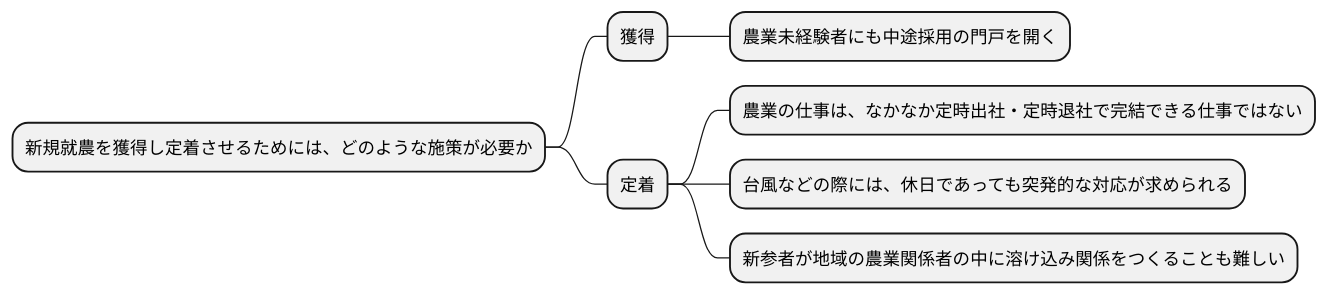
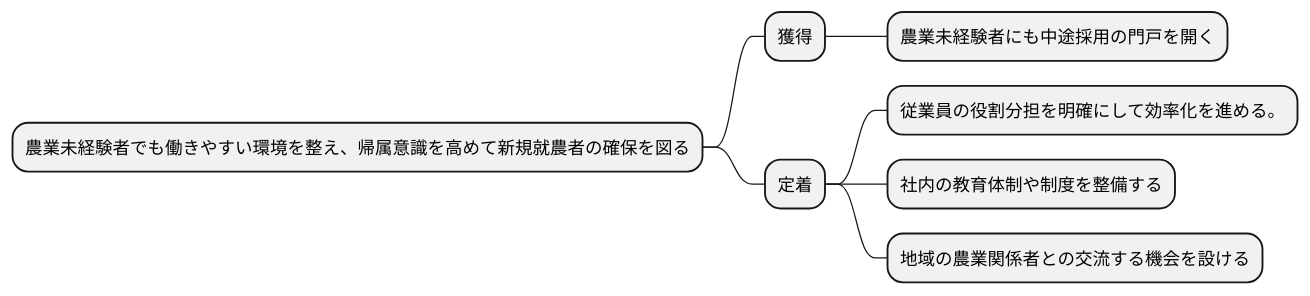
Before and after one commit to k2works/requirements_definition_excercise: the fifth of 11 diagrams in docs/R04/study/study_1_take02.md, drawn with PlantUML. The commit also changed other lines of this file, not shown here.

````diff
--- a/docs/R04/study/study_1_take02.md
+++ b/docs/R04/study/study_1_take02.md
@@ -197,13 +207,13 @@
 ```plantuml
 @startmindmap
 
-* 新規就農を獲得し定着させるためには、どのような施策が必要か
+* 農業未経験者でも働きやすい環境を整え、帰属意識を高めて新規就農者の確保を図る
 ** 獲得
 *** 農業未経験者にも中途採用の門戸を開く
 ** 定着
-*** 農業の仕事は、なかなか定時出社・定時退社で完結できる仕事ではない
-*** 台風などの際には、休日であっても突発的な対応が求められる
-*** 新参者が地域の農業関係者の中に溶け込み関係をつくることも難しい
+*** 従業員の役割分担を明確にして効率化を進める。
+*** 社内の教育体制や制度を整備する
+*** 地域の農業関係者との交流する機会を設ける
 
 @endmindmap
 ```
````
